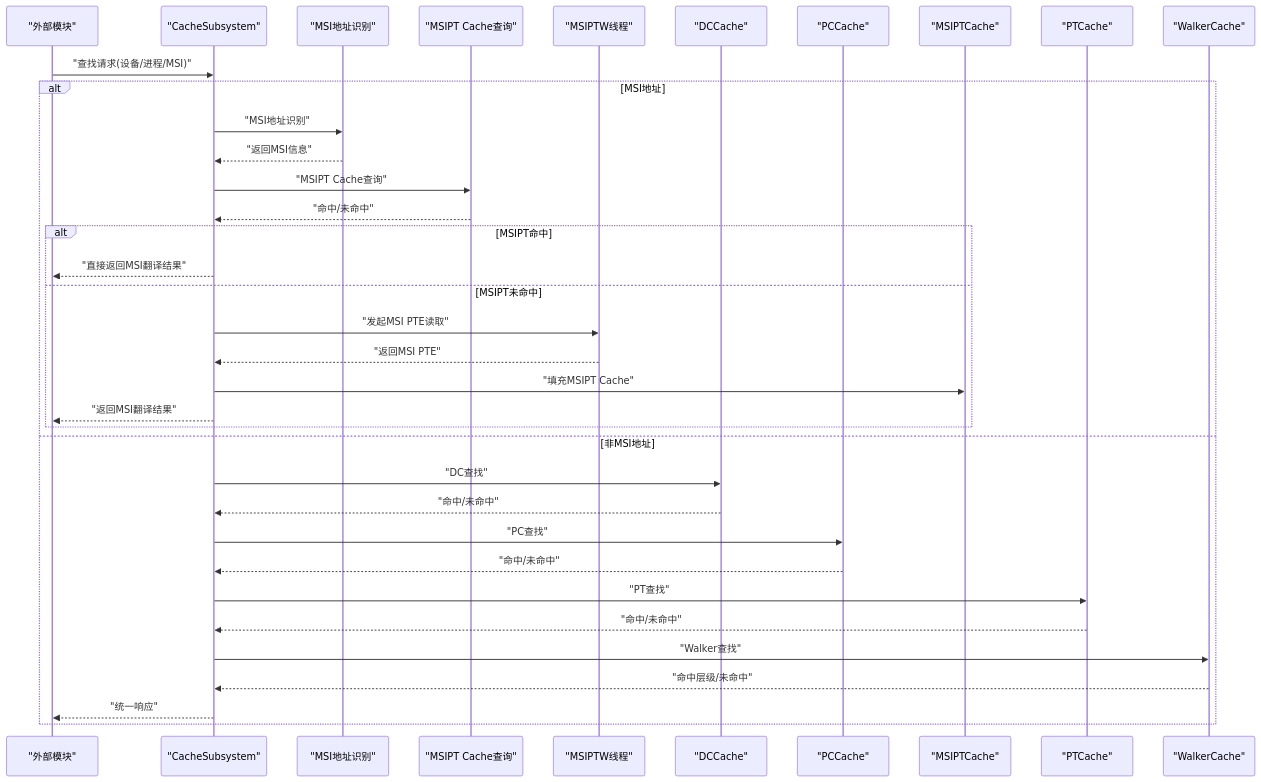
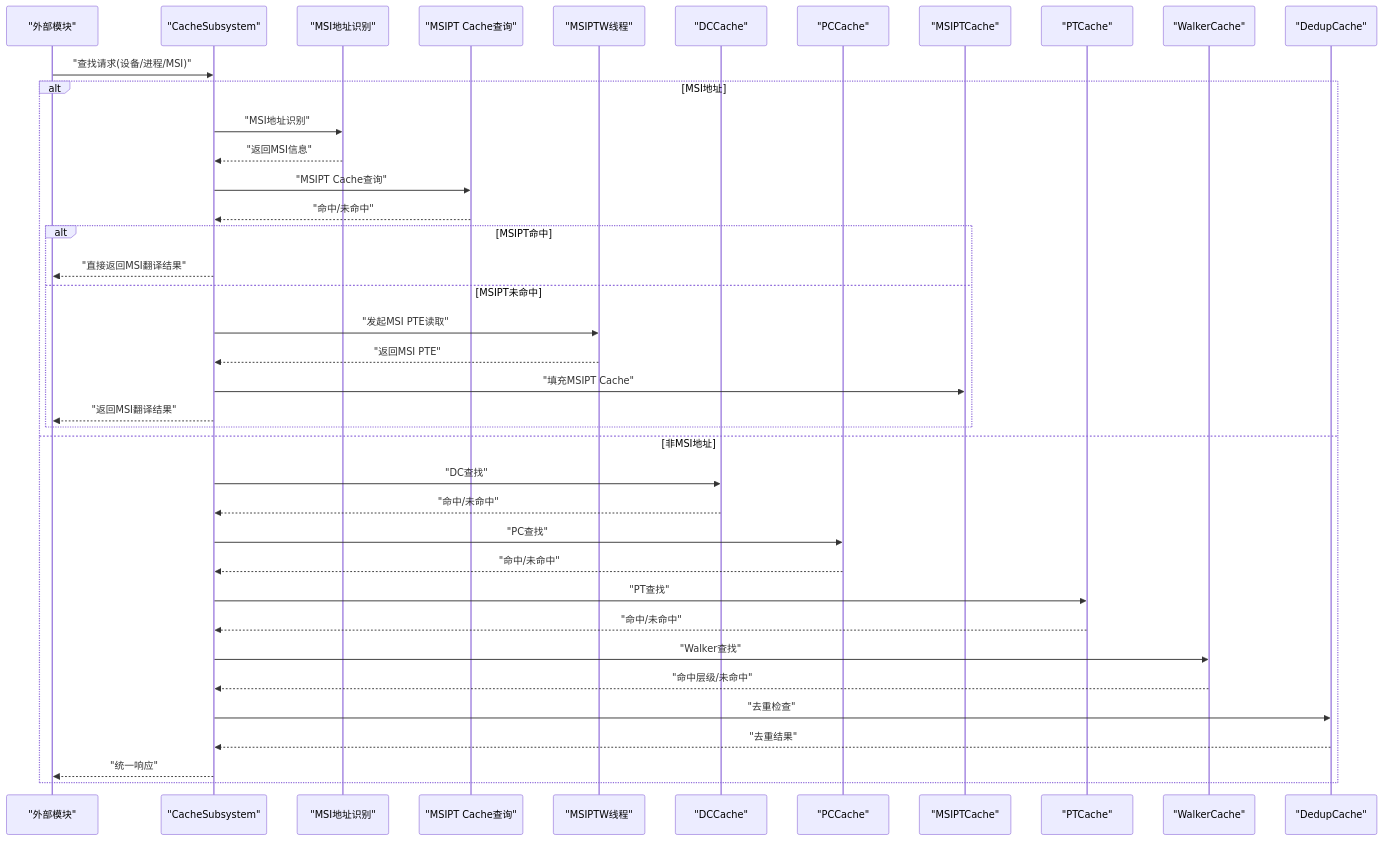
One commit to jiangjiang1122/iommu_model_20260401_v1 changed the second of 13 diagrams in .qoder/repowiki/zh/content/缓存系统/缓存系统.md. Above: the diagram before and after it, drawn with Mermaid. The commit also changed other lines of this file and 55 other files, not shown here.

````diff
--- a/.qoder/repowiki/zh/content/缓存系统/缓存系统.md
+++ b/.qoder/repowiki/zh/content/缓存系统/缓存系统.md
@@ -161,38 +167,41 @@
 ```mermaid
 sequenceDiagram
 participant Ext as "外部模块"
 participant CS as "CacheSubsystem"
 participant MSID as "MSI地址识别"
 participant MSIQ as "MSIPT Cache查询"
 participant MSIW as "MSIPTW线程"
 participant DC as "DCCache"
 participant PC as "PCCache"
 participant MSIPT as "MSIPTCache"
 participant PT as "PTCache"
 participant WC as "WalkerCache"
+participant DDC as "DedupCache"
 Ext->>CS : "查找请求(设备/进程/MSI)"
 alt MSI地址
 CS->>MSID : "MSI地址识别"
 MSID-->>CS : "返回MSI信息"
 CS->>MSIQ : "MSIPT Cache查询"
 MSIQ-->>CS : "命中/未命中"
 alt MSIPT命中
 CS-->>Ext : "直接返回MSI翻译结果"
 else MSIPT未命中
 CS->>MSIW : "发起MSI PTE读取"
 MSIW-->>CS : "返回MSI PTE"
 CS->>MSIPT : "填充MSIPT Cache"
 CS-->>Ext : "返回MSI翻译结果"
 end
 else 非MSI地址
 CS->>DC : "DC查找"
 DC-->>CS : "命中/未命中"
 CS->>PC : "PC查找"
 PC-->>CS : "命中/未命中"
 CS->>PT : "PT查找"
 PT-->>CS : "命中/未命中"
 CS->>WC : "Walker查找"
 WC-->>CS : "命中层级/未命中"
+CS->>DDC : "去重检查"
+DDC-->>CS : "去重结果"
 CS-->>Ext : "统一响应"
 end
 ```
````
